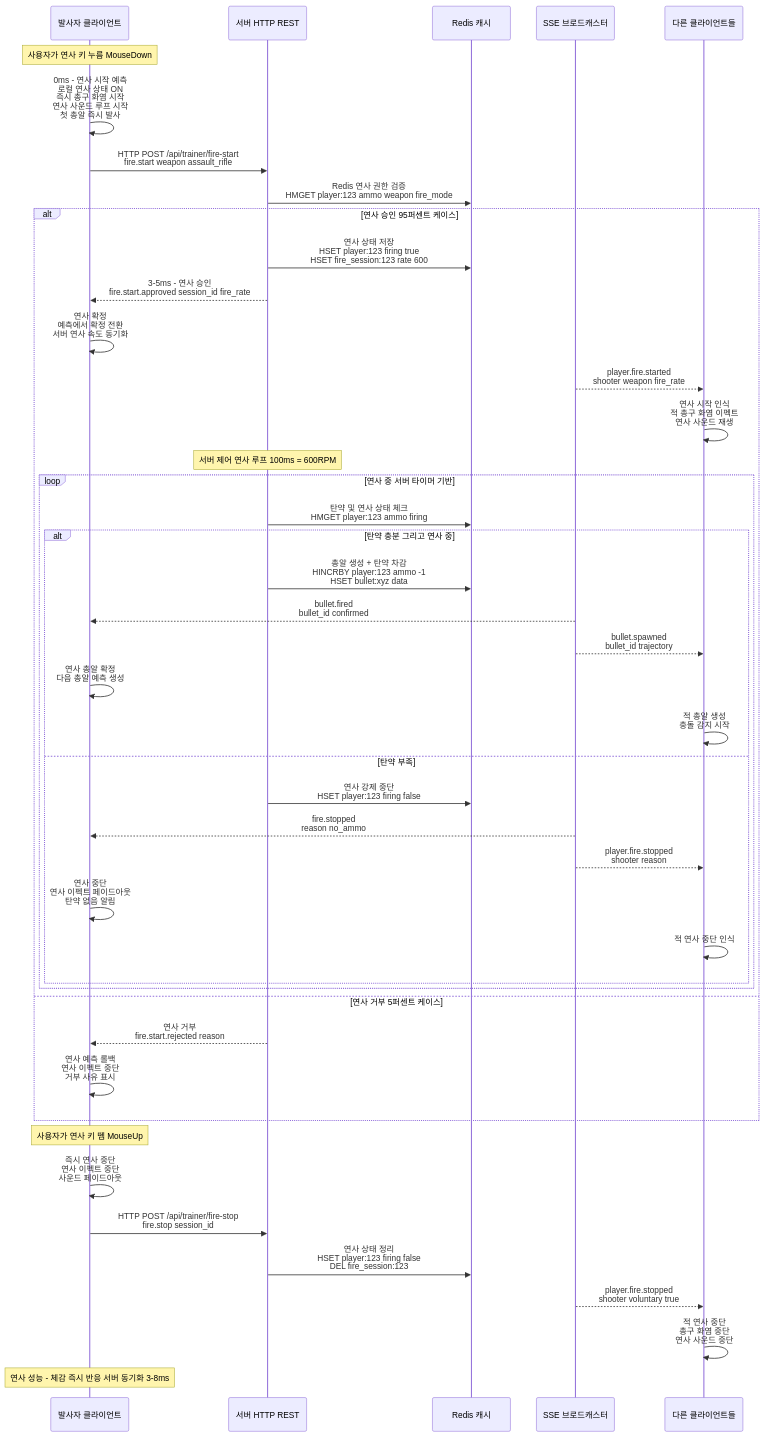
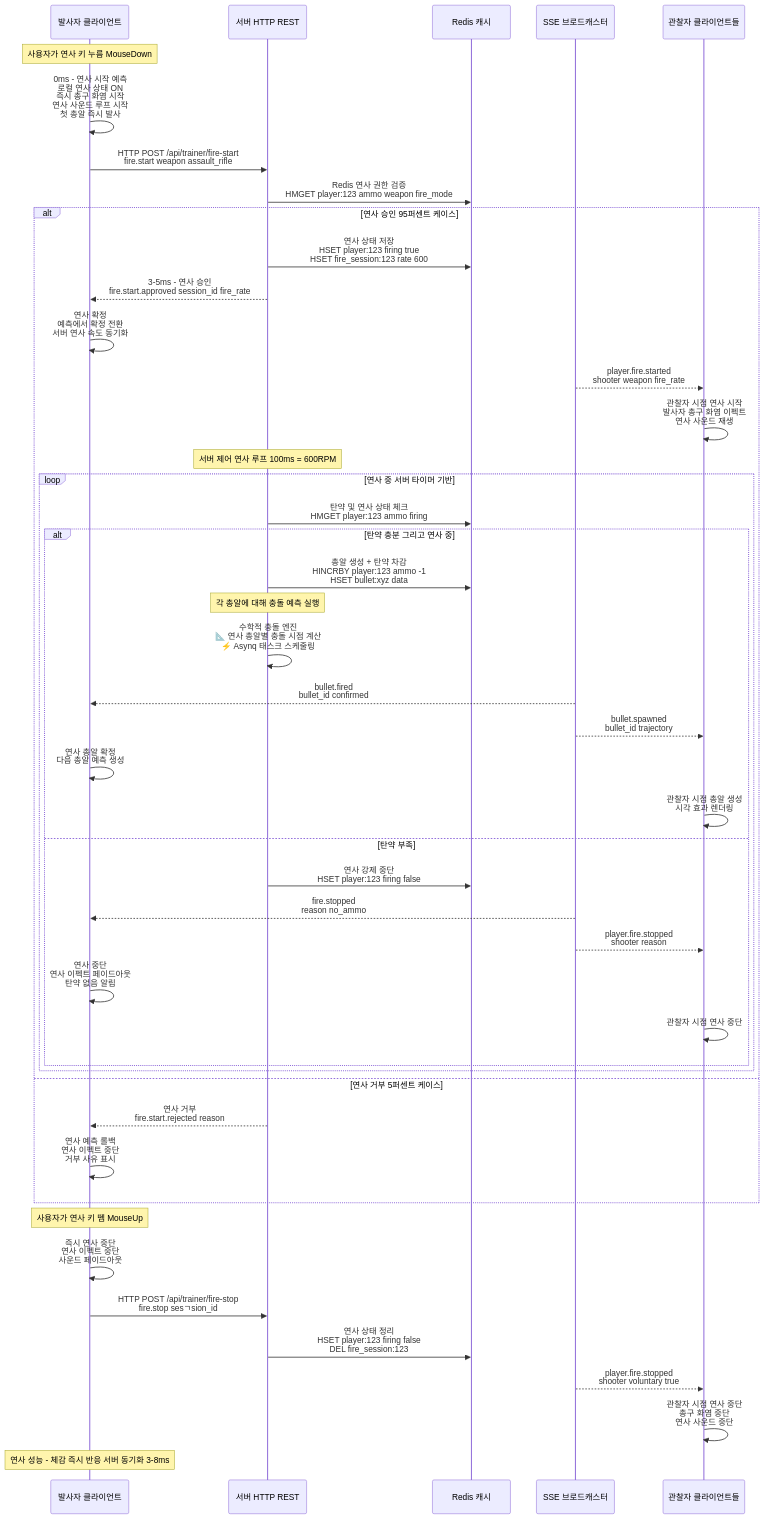
The second of 4 diagrams in docs/bullet-system-server-validation.md (homveloper/life), drawn with Mermaid before and after one commit. The commit also changed other lines of this file and 3 other files, not shown here.

````diff
--- a/docs/bullet-system-server-validation.md
+++ b/docs/bullet-system-server-validation.md
@@ -107,70 +108,73 @@
 ```mermaid
 sequenceDiagram
     participant C1 as 발사자 클라이언트
     participant S as 서버 HTTP REST
     participant R as Redis 캐시
     participant SSE as SSE 브로드캐스터
-    participant Others as 다른 클라이언트들
+    participant Others as 관찰자 클라이언트들
     
     Note over C1: 사용자가 연사 키 누름 MouseDown
     
     C1->>C1: 0ms - 연사 시작 예측<br/>로컬 연사 상태 ON<br/>즉시 총구 화염 시작<br/>연사 사운드 루프 시작<br/>첫 총알 즉시 발사
     
     C1->>S: HTTP POST /api/trainer/fire-start<br/>fire.start weapon assault_rifle
     
     S->>R: Redis 연사 권한 검증<br/>HMGET player:123 ammo weapon fire_mode
     
     alt 연사 승인 95퍼센트 케이스
         S->>R: 연사 상태 저장<br/>HSET player:123 firing true<br/>HSET fire_session:123 rate 600
         
         S-->>C1: 3-5ms - 연사 승인<br/>fire.start.approved session_id fire_rate
         
         C1->>C1: 연사 확정<br/>예측에서 확정 전환<br/>서버 연사 속도 동기화
         
         SSE-->>Others: player.fire.started<br/>shooter weapon fire_rate
         
-        Others->>Others: 연사 시작 인식<br/>적 총구 화염 이펙트<br/>연사 사운드 재생
+        Others->>Others: 관찰자 시점 연사 시작<br/>발사자 총구 화염 이펙트<br/>연사 사운드 재생
         
         Note over S: 서버 제어 연사 루프 100ms = 600RPM
         
         loop 연사 중 서버 타이머 기반
             S->>R: 탄약 및 연사 상태 체크<br/>HMGET player:123 ammo firing
             
             alt 탄약 충분 그리고 연사 중
                 S->>R: 총알 생성 + 탄약 차감<br/>HINCRBY player:123 ammo -1<br/>HSET bullet:xyz data
                 
+                Note over S: 각 총알에 대해 충돌 예측 실행
+                S->>S: 수학적 충돌 엔진<br/>📐 연사 총알별 충돌 시점 계산<br/>⚡ Asynq 태스크 스케줄링
+                
                 SSE-->>C1: bullet.fired<br/>bullet_id confirmed
                 SSE-->>Others: bullet.spawned<br/>bullet_id trajectory
                 
                 C1->>C1: 연사 총알 확정<br/>다음 총알 예측 생성
-                Others->>Others: 적 총알 생성<br/>충돌 감지 시작
+                Others->>Others: 관찰자 시점 총알 생성<br/>시각 효과 렌더링
             else 탄약 부족
                 S->>R: 연사 강제 중단<br/>HSET player:123 firing false
                 
                 SSE-->>C1: fire.stopped<br/>reason no_ammo
                 SSE-->>Others: player.fire.stopped<br/>shooter reason
                 
                 C1->>C1: 연사 중단<br/>연사 이펙트 페이드아웃<br/>탄약 없음 알림
-                Others->>Others: 적 연사 중단 인식
+                Others->>Others: 관찰자 시점 연사 중단
             end
         end
     else 연사 거부 5퍼센트 케이스
         S-->>C1: 연사 거부<br/>fire.start.rejected reason
         
         C1->>C1: 연사 예측 롤백<br/>연사 이펙트 중단<br/>거부 사유 표시
     end
     
     Note over C1: 사용자가 연사 키 뗌 MouseUp
     
     C1->>C1: 즉시 연사 중단<br/>연사 이펙트 중단<br/>사운드 페이드아웃
     
-    C1->>S: HTTP POST /api/trainer/fire-stop<br/>fire.stop session_id
+    C1->>S: HTTP POST /api/trainer/fire-stop<br/>fire.stop sesㄱsion_id
     
     S->>R: 연사 상태 정리<br/>HSET player:123 firing false<br/>DEL fire_session:123
     
     SSE-->>Others: player.fire.stopped<br/>shooter voluntary true
     
-    Others->>Others: 적 연사 중단<br/>총구 화염 중단<br/>연사 사운드 중단
+    Others->>Others: 관찰자 시점 연사 중단<br/>총구 화염 중단<br/>연사 사운드 중단
     
     Note over C1: 연사 성능 - 체감 즉시 반응 서버 동기화 3-8ms
 ```
````
